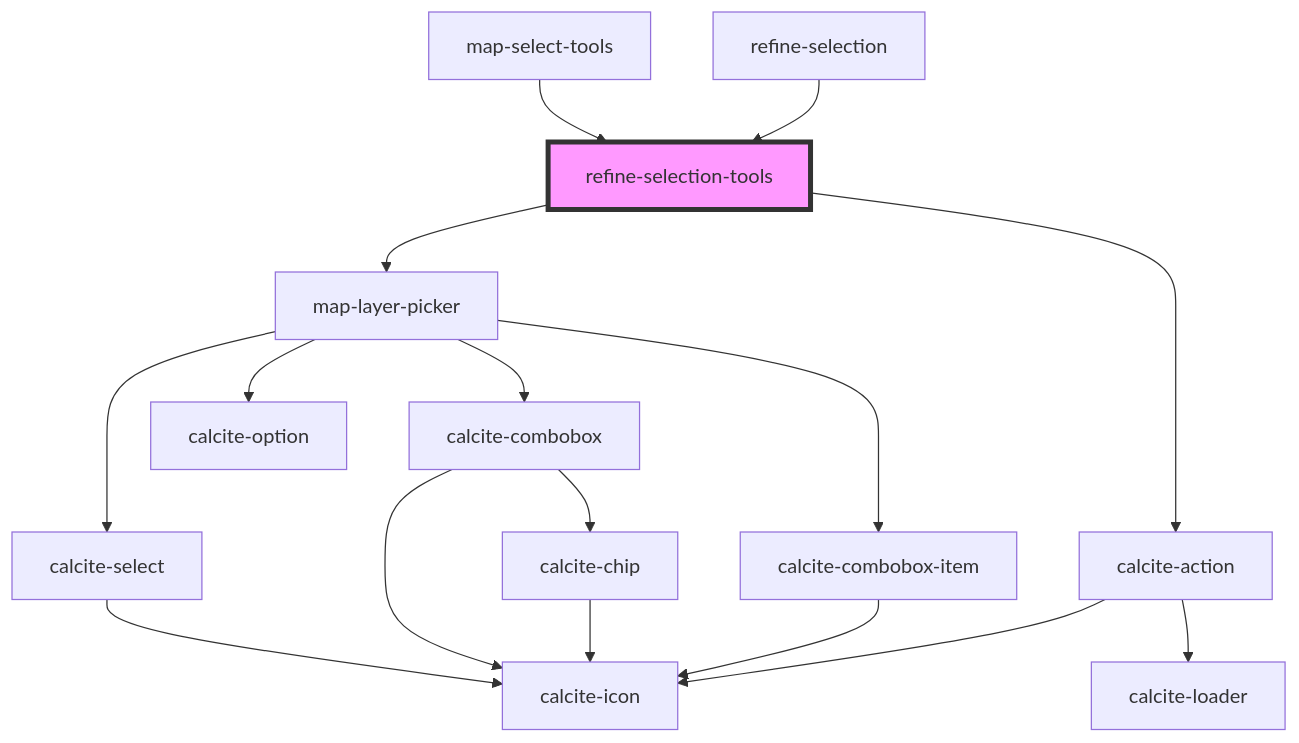
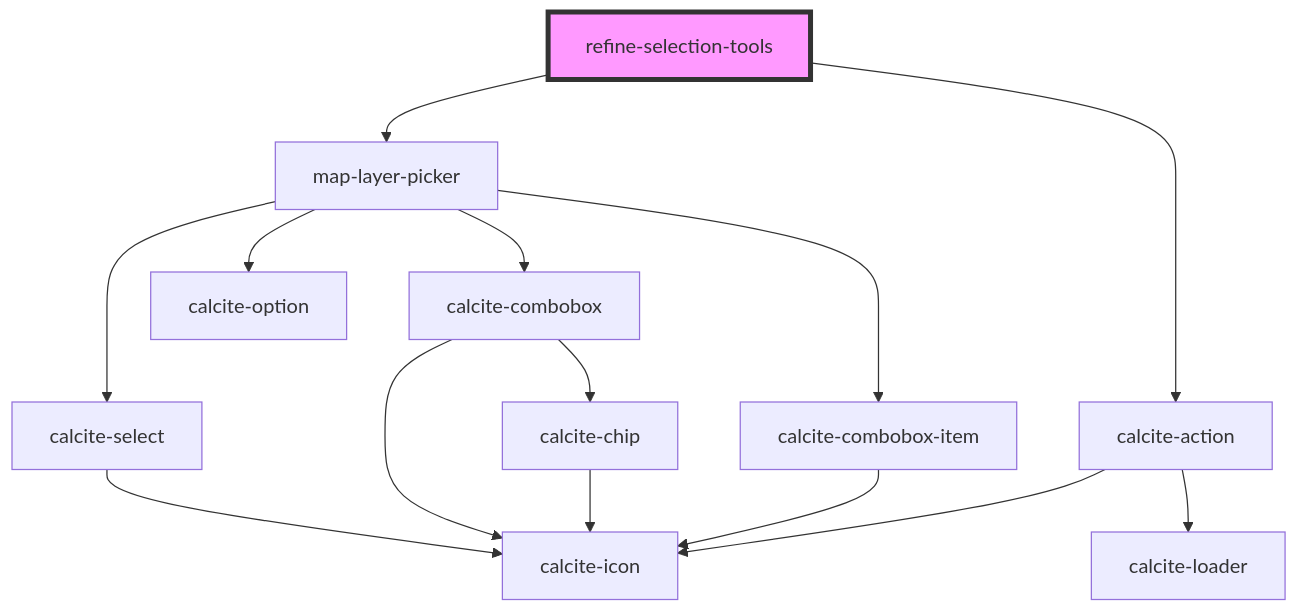
The diagram in src/components/refine-selection-tools/readme.md (Esri/solutions-components), drawn with Mermaid before and after one commit. The commit also changed other lines of this file and 18 other files, not shown here.

First line of the commit message:
start to consolidate draw and refine tools

````diff
--- a/src/components/refine-selection-tools/readme.md
+++ b/src/components/refine-selection-tools/readme.md
@@ -71,19 +66,17 @@
 ```mermaid
 graph TD;
   refine-selection-tools --> map-layer-picker
   refine-selection-tools --> calcite-action
   map-layer-picker --> calcite-select
   map-layer-picker --> calcite-combobox
   map-layer-picker --> calcite-combobox-item
   map-layer-picker --> calcite-option
   calcite-select --> calcite-icon
   calcite-combobox --> calcite-chip
   calcite-combobox --> calcite-icon
   calcite-chip --> calcite-icon
   calcite-combobox-item --> calcite-icon
   calcite-action --> calcite-loader
   calcite-action --> calcite-icon
-  map-select-tools --> refine-selection-tools
-  refine-selection --> refine-selection-tools
   style refine-selection-tools fill:#f9f,stroke:#333,stroke-width:4px
 ```
````
